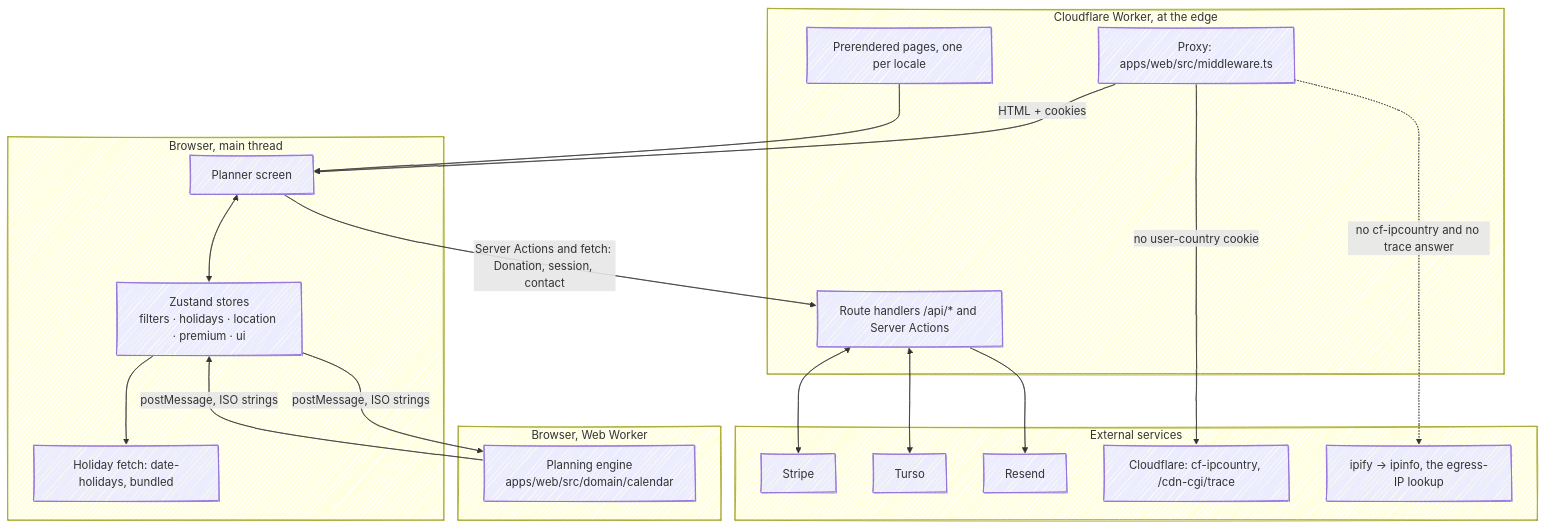
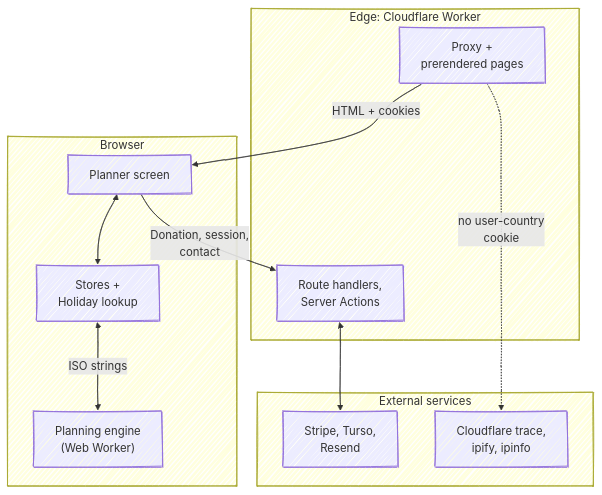
One commit to fbuireu/forever-pto changed the first of 3 diagrams in apps/docs/src/content/docs/how-it-works/overview.mdx. Above: the diagram before and after it, drawn with Mermaid. The commit also changed other lines of this file and 16 other files, not shown here.

First line of the commit message:
docs(docs): fix how-it-works drift and rework the diagrams to read at column width

````diff
--- a/apps/docs/src/content/docs/how-it-works/overview.mdx
+++ b/apps/docs/src/content/docs/how-it-works/overview.mdx
@@ -14,40 +14,27 @@
 ```mermaid
 ---
 config:
   look: handDrawn
   layout: dagre
 ---
 flowchart TB
-  subgraph cf [Cloudflare Worker, at the edge]
-    P[Proxy: apps/web/src/middleware.ts]
-    R["Route handlers /api/* and Server Actions"]
-    SSG[Prerendered pages, one per locale]
+  subgraph cf [Edge: Cloudflare Worker]
+    P["Proxy +<br/>prerendered pages"]
+    R["Route handlers,<br/>Server Actions"]
   end
-  subgraph main [Browser, main thread]
-    ST[Zustand stores<br/>filters · holidays · location · premium · ui]
-    UI[Planner screen]
-    HF[Holiday fetch: date-holidays, bundled]
-  end
-  subgraph worker [Browser, Web Worker]
-    ENG[Planning engine<br/>apps/web/src/domain/calendar]
+  subgraph browser [Browser]
+    UI["Planner screen"]
+    ST["Stores +<br/>Holiday lookup"]
+    ENG["Planning engine<br/>(Web Worker)"]
   end
   subgraph ext [External services]
-    STRIPE[Stripe]
-    TURSO[Turso]
-    RESEND[Resend]
-    CFAPI["Cloudflare: cf-ipcountry, /cdn-cgi/trace"]
-    IPAPI["ipify → ipinfo, the egress-IP lookup"]
+    PAY["Stripe, Turso,<br/>Resend"]
+    GEO["Cloudflare trace,<br/>ipify, ipinfo"]
   end
-  P -->|HTML + cookies| UI
-  SSG --> UI
+  P -->|"HTML + cookies"| UI
   UI <--> ST
-  ST --> HF
-  ST -->|postMessage, ISO strings| ENG
-  ENG -->|postMessage, ISO strings| ST
-  R <--> STRIPE
-  R <--> TURSO
-  R --> RESEND
-  P -->|no user-country cookie| CFAPI
-  P -.->|no cf-ipcountry and no trace answer| IPAPI
-  UI -->|"Server Actions and fetch: Donation, session, contact"| R
+  ST <-->|"ISO strings"| ENG
+  UI -->|"Donation, session,<br/>contact"| R
+  R <--> PAY
+  P -.->|"no user-country<br/>cookie"| GEO
 ```
````
